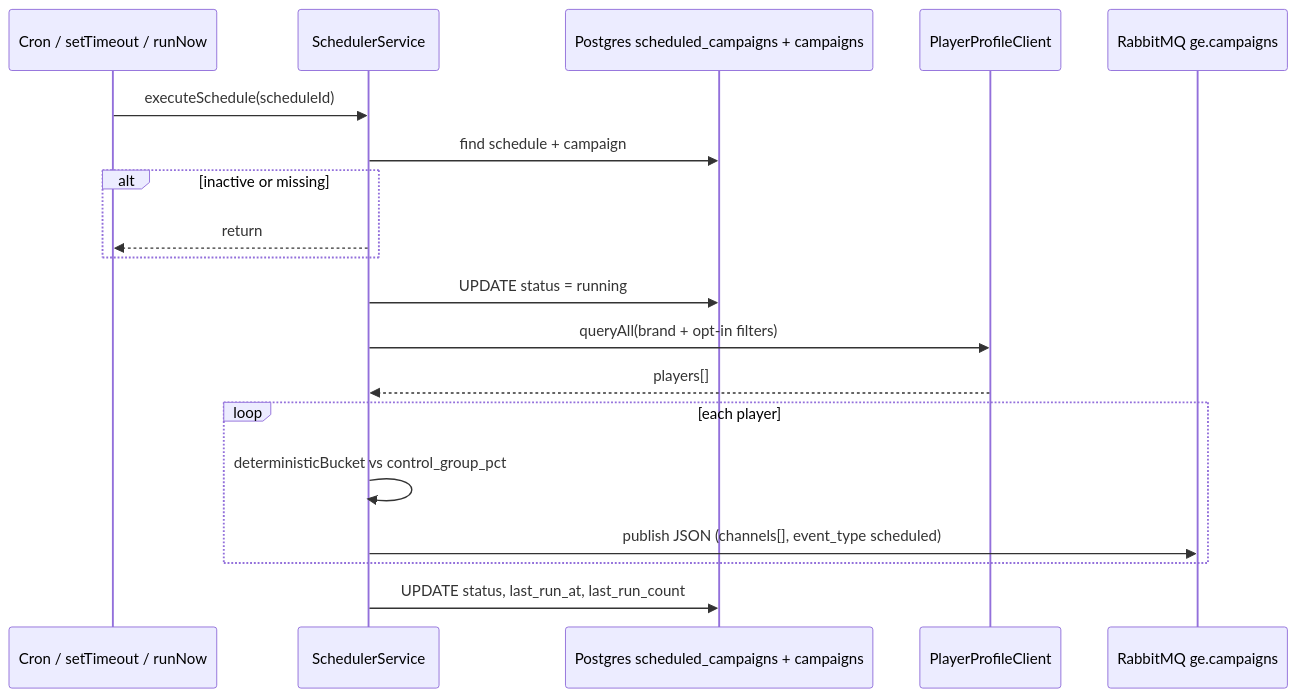
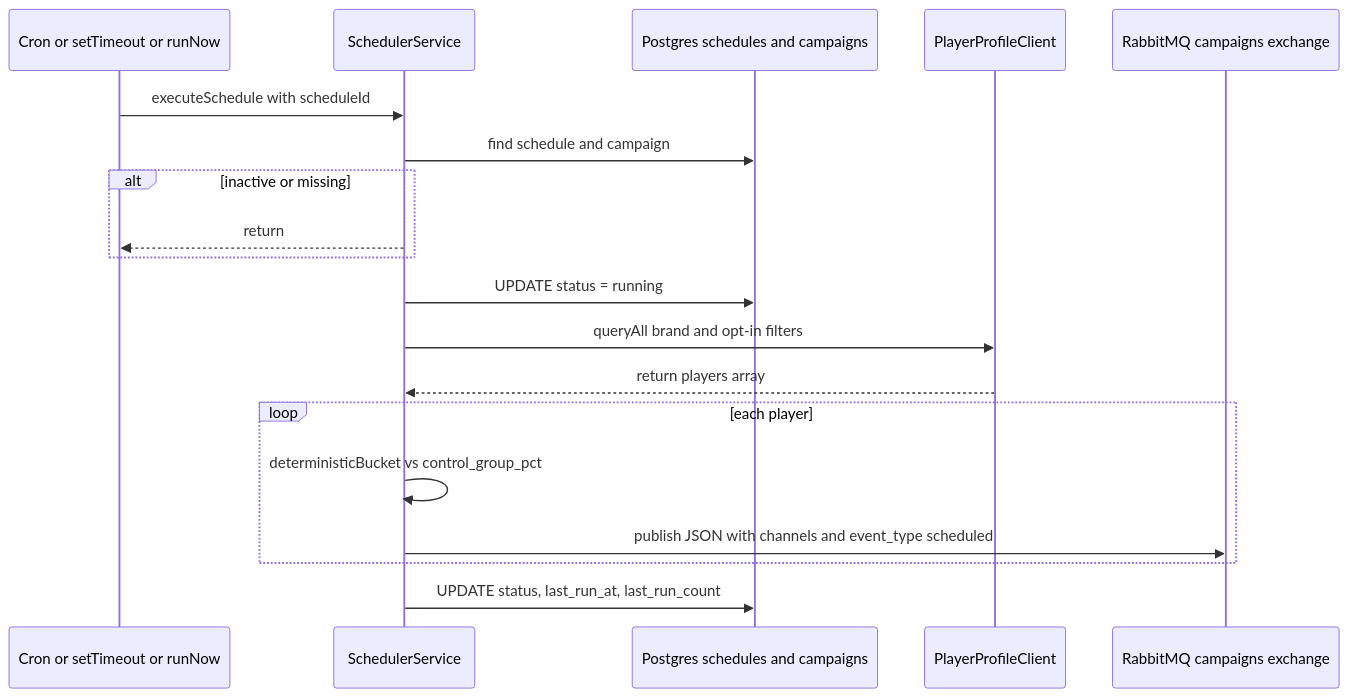
Before and after one commit to rishirathoregammasweep/Working: the third of 5 diagrams in flows/schedule-campaign.md, drawn with Mermaid. The commit also changed other lines of this file, not shown here.

First line of the commit message:
Revise terminology in schedule-campaign documentation

````diff
--- a/flows/schedule-campaign.md
+++ b/flows/schedule-campaign.md
@@ -230,22 +230,22 @@
 ```mermaid
 sequenceDiagram
-  participant Timer as Cron / setTimeout / runNow
+  participant Timer as Cron or setTimeout or runNow
   participant SS as SchedulerService
-  participant DB as Postgres scheduled_campaigns + campaigns
+  participant DB as Postgres schedules and campaigns
   participant PP as PlayerProfileClient
-  participant AMQP as RabbitMQ ge.campaigns
+  participant AMQP as RabbitMQ campaigns exchange
 
-  Timer->>SS: executeSchedule(scheduleId)
-  SS->>DB: find schedule + campaign
+  Timer->>SS: executeSchedule with scheduleId
+  SS->>DB: find schedule and campaign
   alt inactive or missing
     SS-->>Timer: return
   end
   SS->>DB: UPDATE status = running
-  SS->>PP: queryAll(brand + opt-in filters)
-  PP-->>SS: players[]
+  SS->>PP: queryAll brand and opt-in filters
+  PP-->>SS: return players array
   loop each player
     SS->>SS: deterministicBucket vs control_group_pct
-    SS->>AMQP: publish JSON (channels[], event_type scheduled)
+    SS->>AMQP: publish JSON with channels and event_type scheduled
   end
   SS->>DB: UPDATE status, last_run_at, last_run_count
 ```
````
